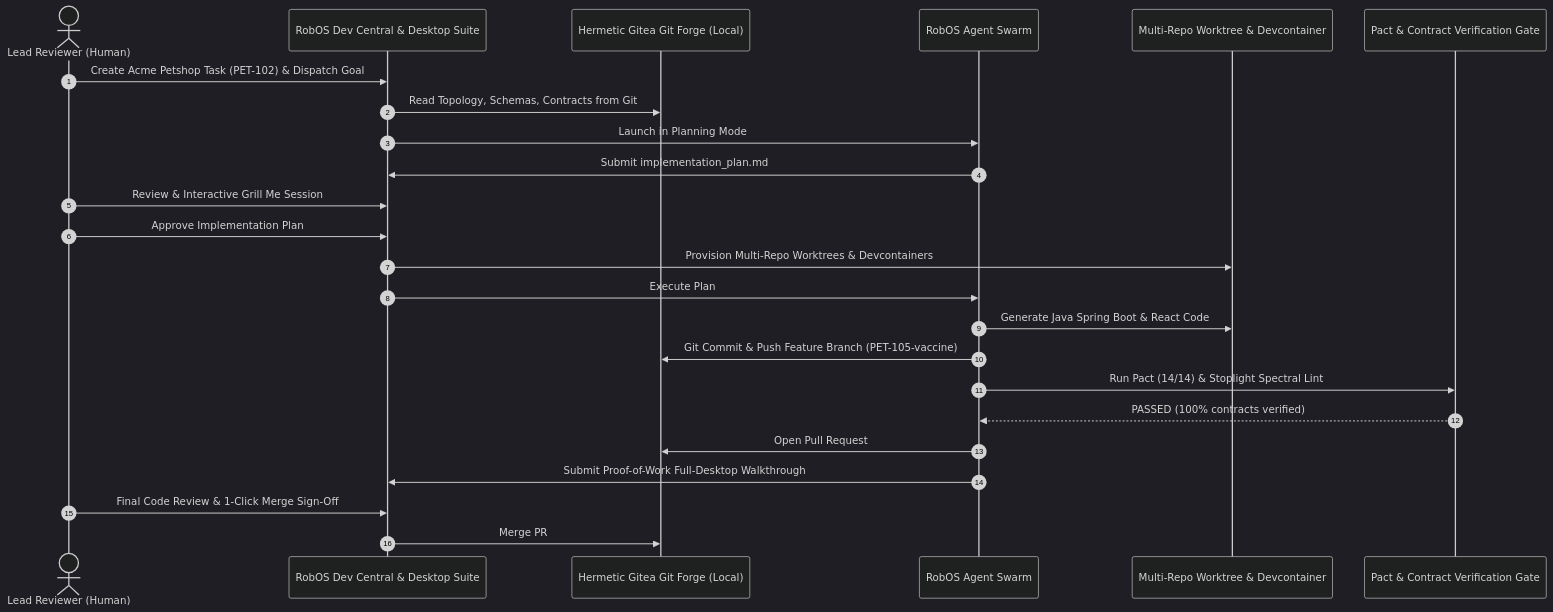
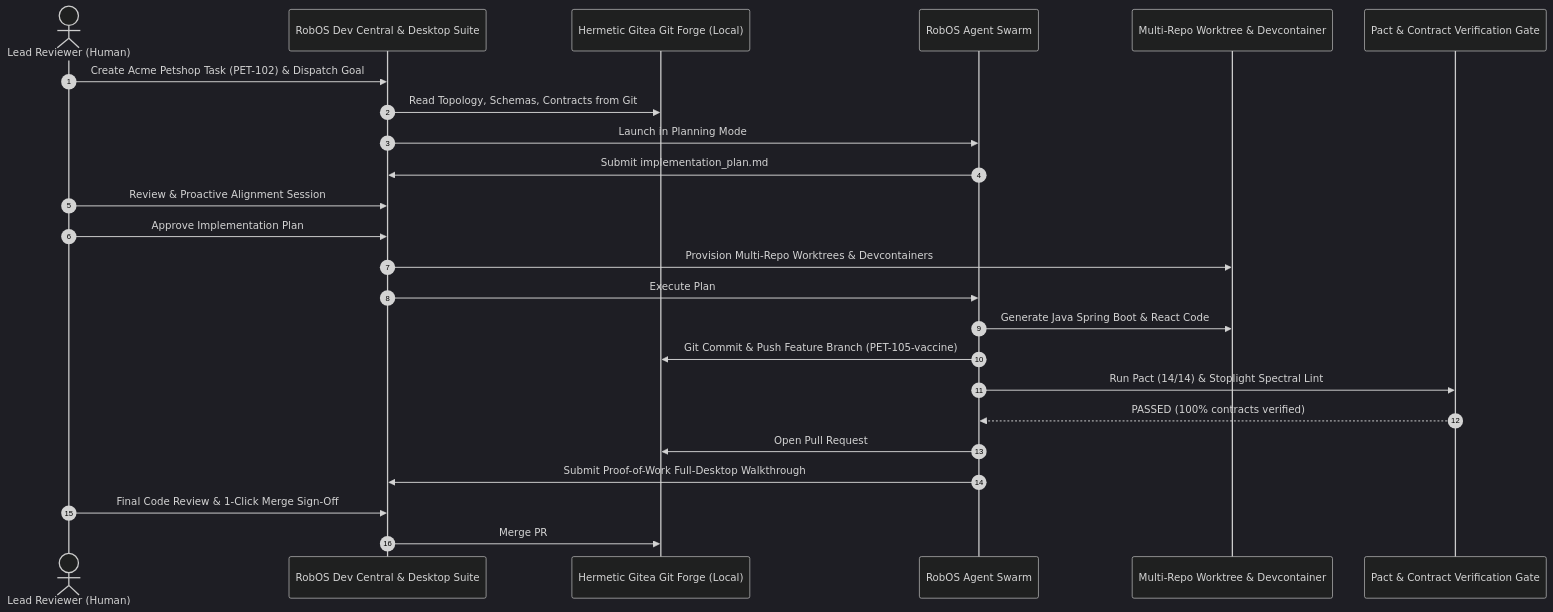
The diagram in docs/project-plan/agent-first-software-lifecycle-os/story-10-e2e-agent-first-sdlc-walkthrough.md (nddipiazza/robos), drawn with Mermaid (dark theme) before and after one commit. The commit also changed other lines of this file and 133 other files, not shown here.

````diff
--- a/docs/project-plan/agent-first-software-lifecycle-os/story-10-e2e-agent-first-sdlc-walkthrough.md
+++ b/docs/project-plan/agent-first-software-lifecycle-os/story-10-e2e-agent-first-sdlc-walkthrough.md
@@ -24,27 +24,27 @@
 ```mermaid
 sequenceDiagram
     autonumber
     actor Dev as Lead Reviewer (Human)
     participant UI as RobOS Dev Central & Desktop Suite
     participant Forge as Hermetic Gitea Git Forge (Local)
     participant Agent as RobOS Agent Swarm
     participant Env as Multi-Repo Worktree & Devcontainer
     participant Gate as Pact & Contract Verification Gate
 
     Dev->>UI: Create Acme Petshop Task (PET-102) & Dispatch Goal
     UI->>Forge: Read Topology, Schemas, Contracts from Git
     UI->>Agent: Launch in Planning Mode
     Agent->>UI: Submit implementation_plan.md
-    Dev->>UI: Review & Interactive Grill Me Session
+    Dev->>UI: Review & Proactive Alignment Session
     Dev->>UI: Approve Implementation Plan
     UI->>Env: Provision Multi-Repo Worktrees & Devcontainers
     UI->>Agent: Execute Plan
     Agent->>Env: Generate Java Spring Boot & React Code
     Agent->>Forge: Git Commit & Push Feature Branch (PET-105-vaccine)
     Agent->>Gate: Run Pact (14/14) & Stoplight Spectral Lint
     Gate-->>Agent: PASSED (100% contracts verified)
     Agent->>Forge: Open Pull Request #42 on Gitea
     Agent->>UI: Submit Proof-of-Work Full-Desktop Walkthrough
     Dev->>UI: Final Code Review & 1-Click Merge Sign-Off
     UI->>Forge: Merge PR #42 to main branch on Gitea
 ```
````
